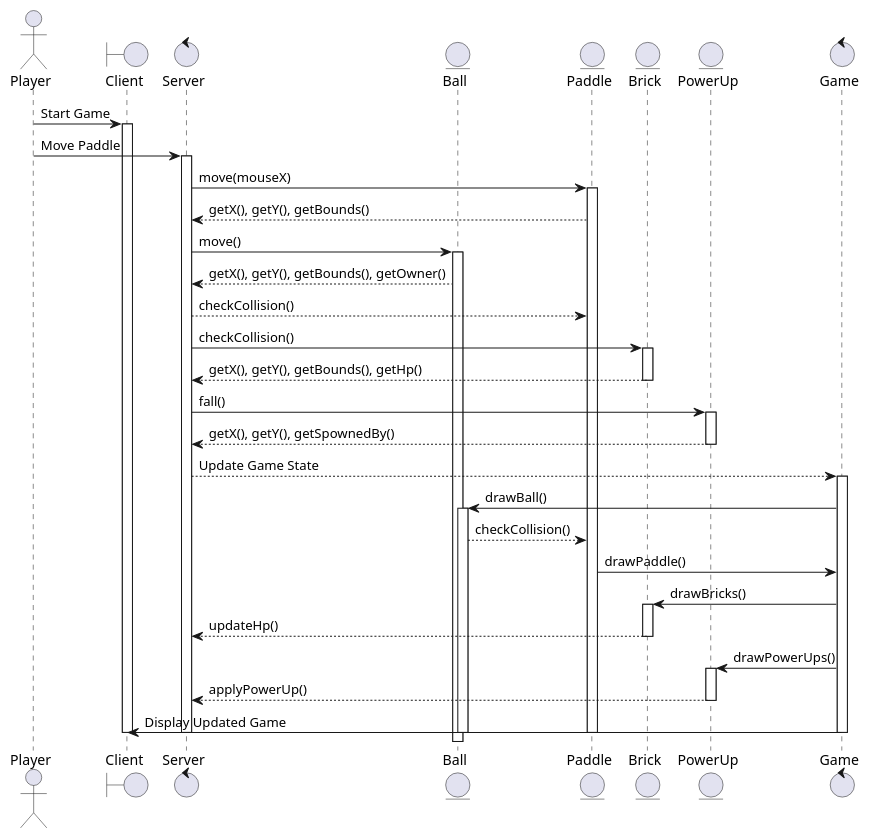
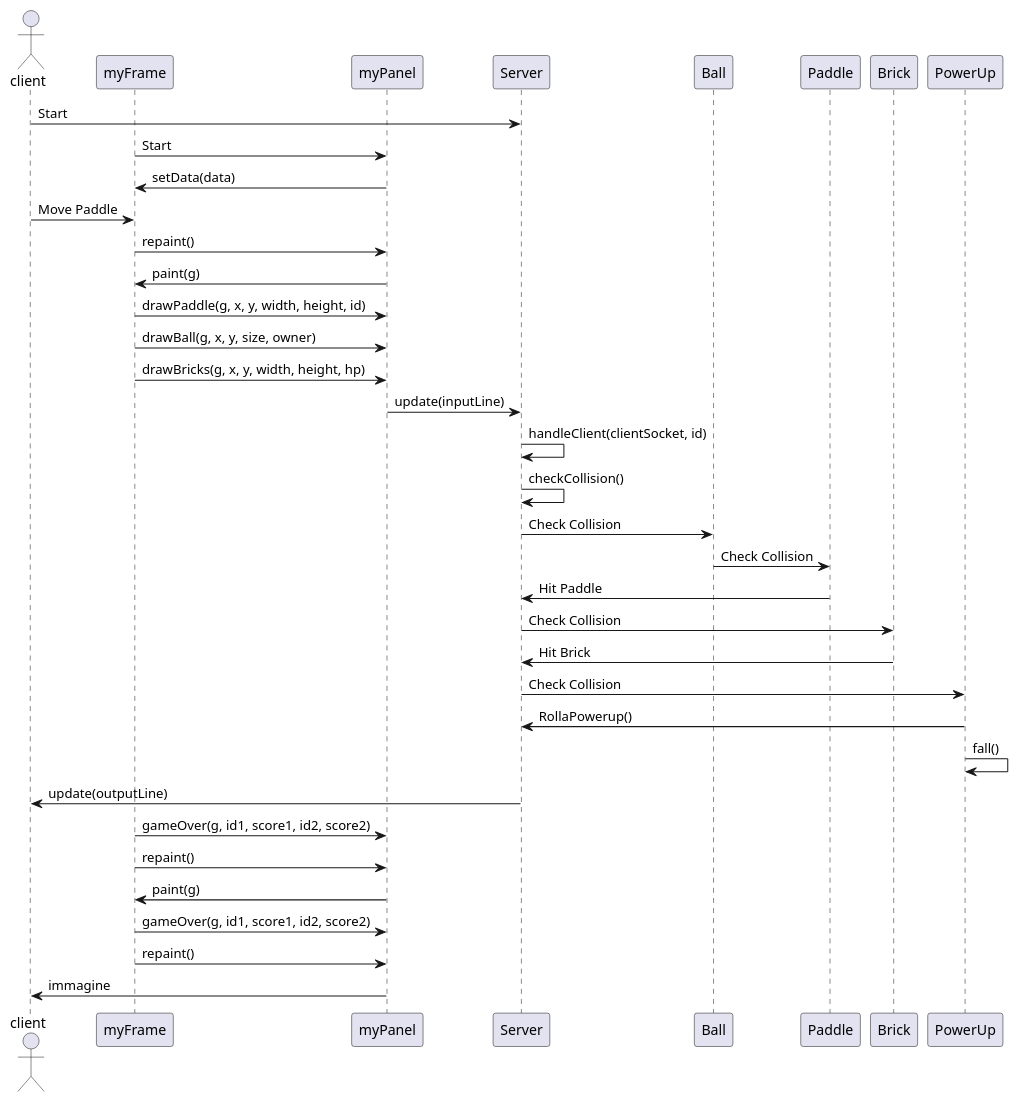
The diagram in RivalBallTournament/Documentazione/sequenceDiagram.puml (GianaEnea/RivalBallTournament), drawn with PlantUML before and after one commit. The commit also changed 4 other files, not shown here.

```diff
--- a/RivalBallTournament/Documentazione/sequenceDiagram.puml
+++ b/RivalBallTournament/Documentazione/sequenceDiagram.puml
@@ -1,57 +1,40 @@
 @startuml
-actor Player
-boundary Client
-control Server
-entity Ball
-entity Paddle
-entity Brick
-entity PowerUp 
-control Game
 
-Player -> Client: Start Game
-activate Client
+actor client
+participant myFrame
+participant myPanel
+participant Server
+participant Ball
+participant Paddle
+participant Brick
+participant PowerUp
 
-Player -> Server: Move Paddle
-activate Server
+client -> Server: Start
+myFrame -> myPanel: Start
+myPanel -> myFrame: setData(data)
+client -> myFrame: Move Paddle
+myFrame -> myPanel: repaint()
+myPanel -> myFrame: paint(g)
+myFrame -> myPanel: drawPaddle(g, x, y, width, height, id)
+myFrame -> myPanel: drawBall(g, x, y, size, owner)
+myFrame -> myPanel: drawBricks(g, x, y, width, height, hp)
+myPanel -> Server: update(inputLine)
+Server -> Server: handleClient(clientSocket, id)
+Server -> Server: checkCollision()
+Server -> Ball: Check Collision
+Ball -> Paddle: Check Collision
+Paddle -> Server: Hit Paddle
+Server -> Brick: Check Collision
+Brick -> Server: Hit Brick
+Server -> PowerUp: Check Collision
+PowerUp -> Server: RollaPowerup()
+PowerUp -> PowerUp: fall()
+Server -> client: update(outputLine)
+myFrame -> myPanel: gameOver(g, id1, score1, id2, score2)
+myFrame -> myPanel: repaint()
+myPanel -> myFrame: paint(g)
+myFrame -> myPanel: gameOver(g, id1, score1, id2, score2)
+myFrame -> myPanel: repaint()
+myPanel -> client: immagine
 
-Server -> Paddle: move(mouseX)
-activate Paddle
-Paddle --> Server: getX(), getY(), getBounds()
-
-Server -> Ball: move()
-activate Ball
-Ball --> Server: getX(), getY(), getBounds(), getOwner()
-Server --> Paddle: checkCollision()
-
-Server -> Brick: checkCollision()
-activate Brick
-Brick --> Server: getX(), getY(), getBounds(), getHp()
-deactivate Brick
-
-Server -> PowerUp: fall()
-activate PowerUp
-PowerUp --> Server: getX(), getY(), getSpownedBy()
-deactivate PowerUp
-
-Server --> Game: Update Game State
-activate Game
-Game -> Ball: drawBall()
-activate Ball
-Ball --> Paddle: checkCollision()
-Paddle -> Game: drawPaddle()
-Game -> Brick: drawBricks()
-activate Brick
-Brick --> Server: updateHp()
-deactivate Brick
-Game -> PowerUp: drawPowerUps()
-activate PowerUp
-PowerUp --> Server: applyPowerUp()
-deactivate PowerUp
-Game -> Client: Display Updated Game
-deactivate Game
-deactivate Server
-deactivate Paddle
-deactivate Ball
-deactivate Brick
-deactivate Client
 @enduml
```
